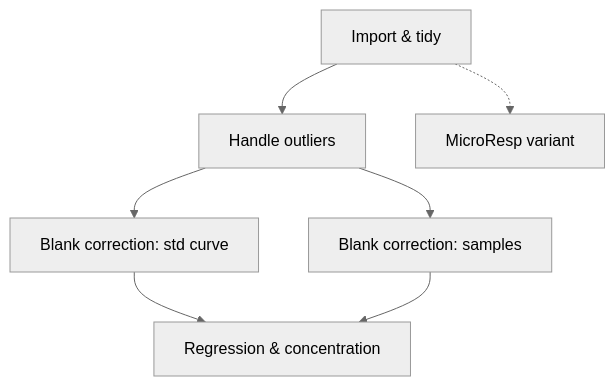
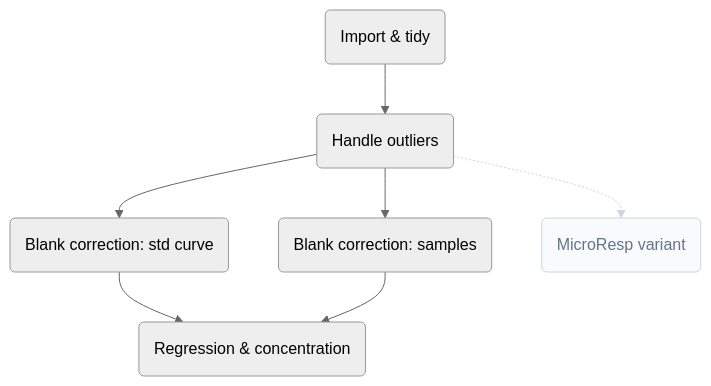
The diagram in vignettes/import-tidy.qmd (mdetoeuf/plate2N), drawn with Mermaid (neutral theme) before and after one commit.

Commit message:
small updates to the mermaid diagram, only aesthetics

````diff
--- a/vignettes/import-tidy.qmd
+++ b/vignettes/import-tidy.qmd
@@ -21,16 +21,21 @@
 ```{mermaid}
  flowchart TD
-   A[Import &amp; tidy] --> B[Handle outliers]
-   B --> C1[Blank correction: std curve]
-   B --> C2[Blank correction: samples]
-   C1 --> D[Regression &amp; concentration]
+   A(Import &amp; tidy) --> B(Handle outliers)
+   B --> C1(Blank correction: std curve)
+   B --> C2(Blank correction: samples)
+   C1 --> D(Regression &amp; concentration)
    C2 --> D
-   A -.-> M[MicroResp variant]
+   B -.-> M(MicroResp variant):::sideThing
 
    click A "articles/import-tidy.html" "import-tidy"
    click B "articles/handling-outliers.html" "handling-outliers"
    click C1 "articles/blank-correction.html" "blank-correction"
    click C2 "articles/blank-correction.html" "blank-correction"
    click D "articles/abs-to-conc.html" "abs-to-conc"
    click M "articles/microresp.html" "microresp"
+   
+%% color = font color
+   
+   classDef sideThing fill:#f8fafc,stroke:#cbd5e1,color:#64748b,stroke-width:1px; 
+   linkStyle 5 stroke:#cbd5e1,stroke-width:1px;
 ```
````
